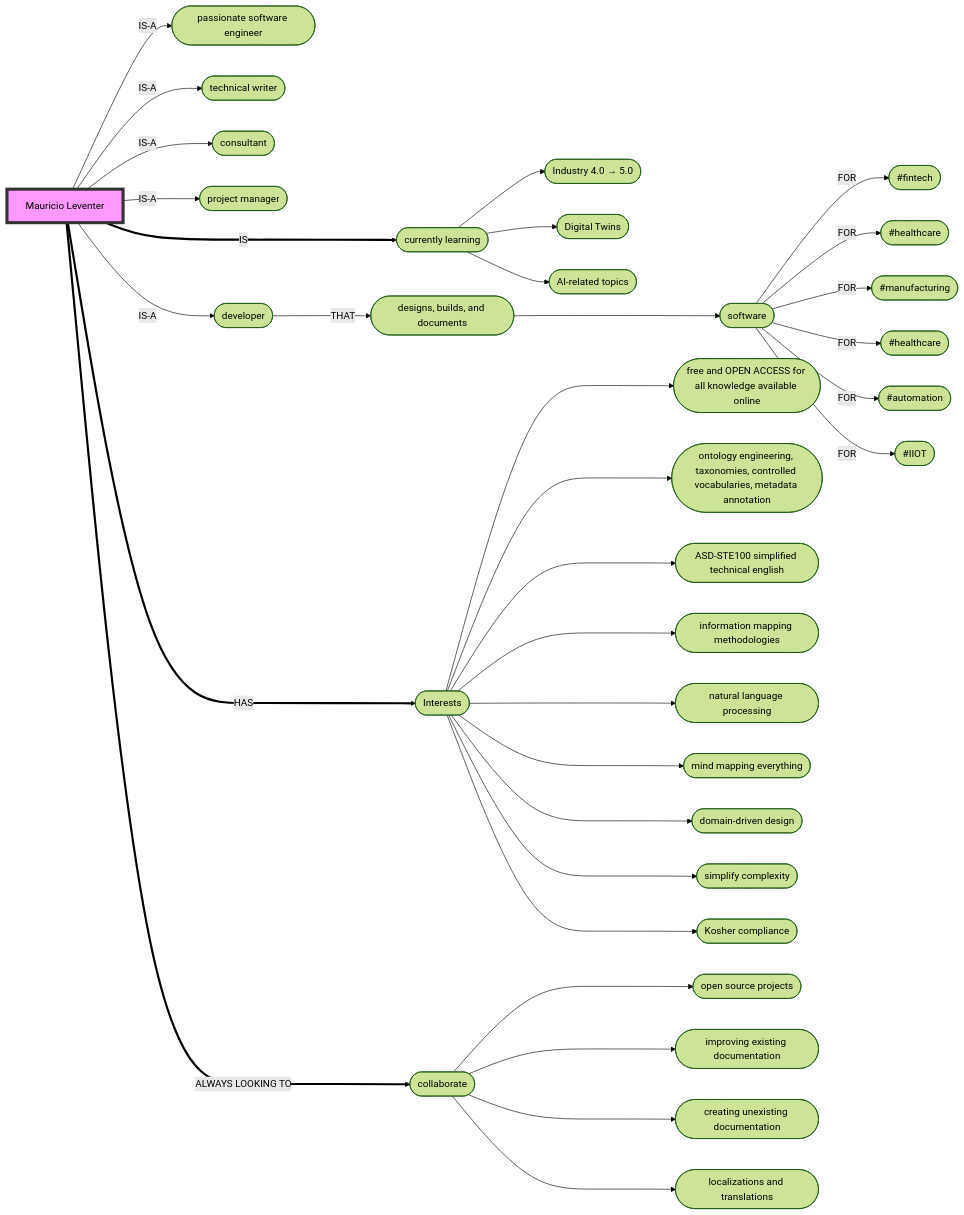
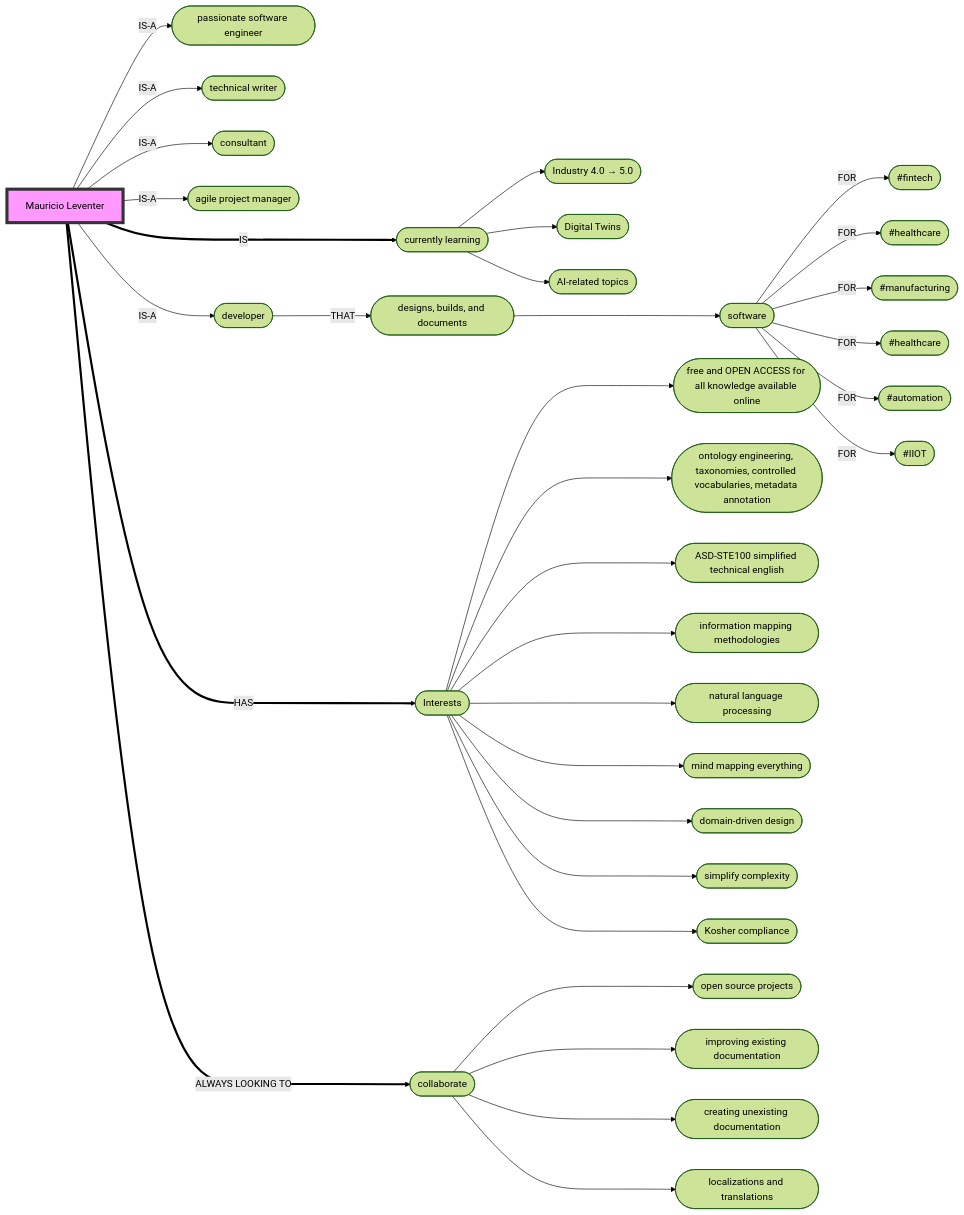
The diagram in README.md (mleventer/mleventer), drawn with Mermaid (forest theme) before and after one commit.

Commit message:
Update project manager role to agile project manager

````diff
--- a/README.md
+++ b/README.md
@@ -18,36 +18,36 @@
 ```mermaid
 flowchart LR
     A[Mauricio Leventer] -->|IS-A| A2([passionate software engineer])
     A -->|IS-A| A3([technical writer])
     A -->|IS-A| A4([consultant])
-    A -->|IS-A| AA([project manager])
+    A -->|IS-A| AA([agile project manager])
     A -->|IS-A| AC([developer])
     AC -->|THAT| A5([designs, builds, and documents])
     A5 ---> A6([software])
     A6 -->|FOR| A7([#fintech])
     A6 -->|FOR| A8([#healthcare])
     A6 -->|FOR| A9([#manufacturing])
     A6 -->|FOR| A10([#healthcare])
     A6 -->|FOR| A11([#automation])
     A6 -->|FOR| A12([#IIOT])    
     A ===>|HAS| B([Interests])
     B ---> I1([free and OPEN ACCESS for all knowledge available online])
     B ---> I3([ontology engineering, taxonomies, controlled vocabularies, metadata annotation])
     B ---> I4([ASD-STE100 simplified technical english])
     B ---> I5([information mapping methodologies])
     B ---> I6([natural language processing])
     B ---> I7([mind mapping everything]) 
     B ---> I8([domain-driven design]) 
     B ---> I9([simplify complexity])
     B ---> I10([Kosher compliance])
     A ===>|IS| D([currently learning])
     D --> D1([Industry 4.0 → 5.0])
     D --> D2([Digital Twins])
     D --> D3([AI-related topics])
     A ===>|ALWAYS LOOKING TO|E([collaborate])
     E ---> E1([open source projects])
     E ---> E2([improving existing documentation])
     E ---> E3([creating unexisting documentation])
     E ---> E4([localizations and translations])
     style A fill:#f9f,stroke:#333,stroke-width:5px
 ```
````
